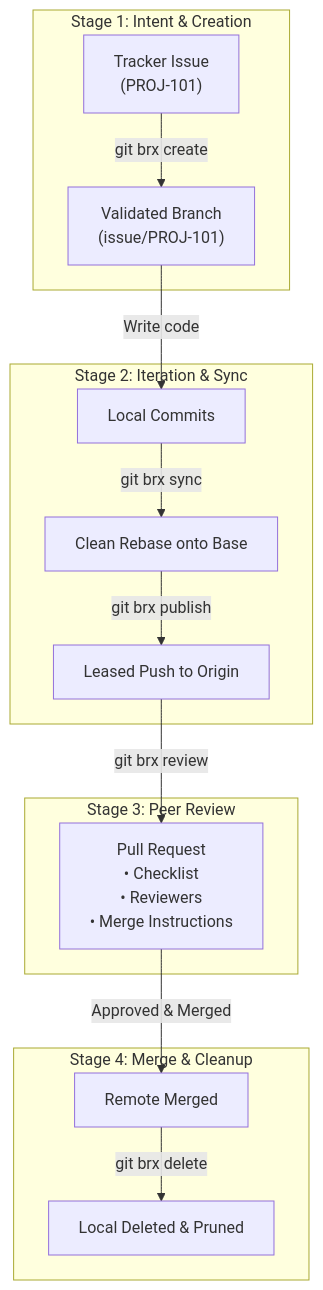
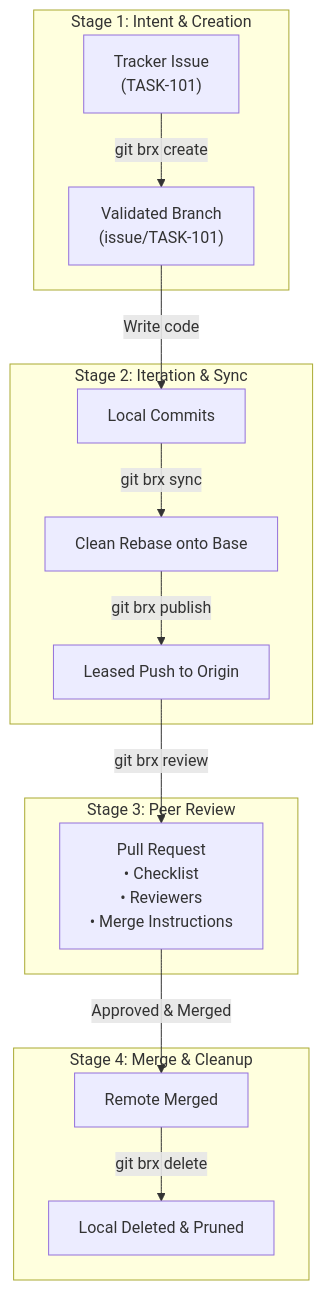
One commit to bvarnai/git-brx changed the diagram in docs/user-guide/philosophy.md. Above: the diagram before and after it, drawn with Mermaid. The commit also changed other lines of this file and 4 other files, not shown here.

Commit message:
docs: standardize example issue key to TASK-101 across documentation

````diff
--- a/docs/user-guide/philosophy.md
+++ b/docs/user-guide/philosophy.md
@@ -73,21 +73,21 @@
 ```mermaid
 flowchart TD
     subgraph S1 ["Stage 1: Intent & Creation"]
-        Issue["Tracker Issue<br/>(PROJ-101)"] -->|"git brx create"| TopicBranch["Validated Branch<br/>(issue/PROJ-101)"]
+        Issue["Tracker Issue<br/>(TASK-101)"] -->|"git brx create"| TopicBranch["Validated Branch<br/>(issue/TASK-101)"]
     end
 
     subgraph S2 ["Stage 2: Iteration & Sync"]
         TopicBranch -->|"Write code"| LocalCommits["Local Commits"]
         LocalCommits -->|"git brx sync"| Rebased["Clean Rebase onto Base"]
         Rebased -->|"git brx publish"| RemoteBranch["Leased Push to Origin"]
     end
 
     subgraph S3 ["Stage 3: Peer Review"]
         RemoteBranch -->|"git brx review"| PullRequest["Pull Request<br/>• Checklist<br/>• Reviewers<br/>• Merge Instructions"]
     end
 
     subgraph S4 ["Stage 4: Merge & Cleanup"]
         PullRequest -->|"Approved & Merged"| SCM["Remote Merged"]
         SCM -->|"git brx delete"| Clean["Local Deleted & Pruned"]
     end
 ```
````
